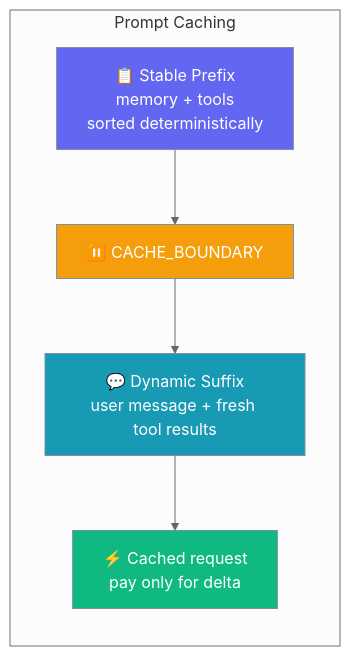
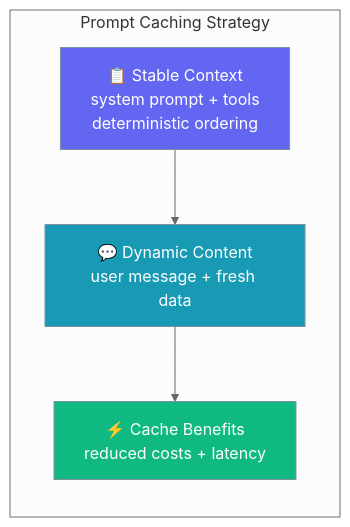
Before and after one commit to MervinPraison/PraisonAIDocs: the first of 2 diagrams in docs/features/prompt-caching.mdx, drawn with Mermaid (neutral theme). The commit also changed other lines of this file and 2 other files, not shown here.

First line of the commit message:
fix: Update prompt caching docs to reflect actual SDK APIs

````diff
--- a/docs/features/prompt-caching.mdx
+++ b/docs/features/prompt-caching.mdx
@@ -10,18 +10,15 @@
 ```mermaid
 graph LR
-    subgraph "Prompt Caching"
-        S[📋 Stable Prefix<br/>memory + tools<br/>sorted deterministically] --> B[⏸️ CACHE_BOUNDARY]
-        B --> D[💬 Dynamic Suffix<br/>user message + fresh tool results]
-        D --> R[⚡ Cached request<br/>pay only for delta]
+    subgraph "Prompt Caching Strategy"
+        S[📋 Stable Context<br/>system prompt + tools<br/>deterministic ordering] --> D[💬 Dynamic Content<br/>user message + fresh data]
+        D --> R[⚡ Cache Benefits<br/>reduced costs + latency]
     end
 
     classDef stable fill:#6366F1,stroke:#7C90A0,color:#fff
-    classDef boundary fill:#F59E0B,stroke:#7C90A0,color:#fff
     classDef dynamic fill:#189AB4,stroke:#7C90A0,color:#fff
     classDef result fill:#10B981,stroke:#7C90A0,color:#fff
 
     class S stable
-    class B boundary
     class D dynamic
     class R result
 ```
````
